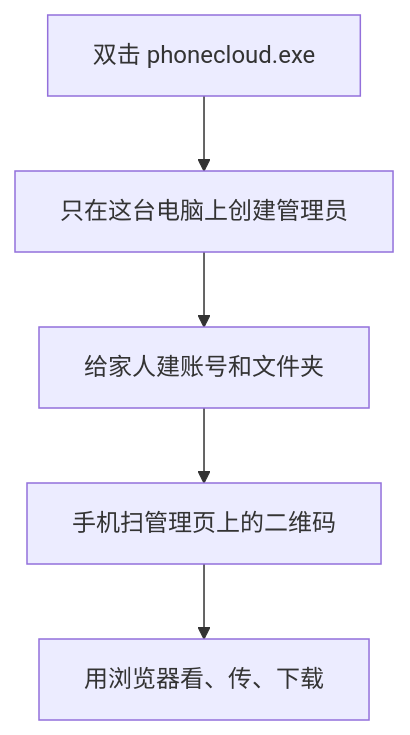
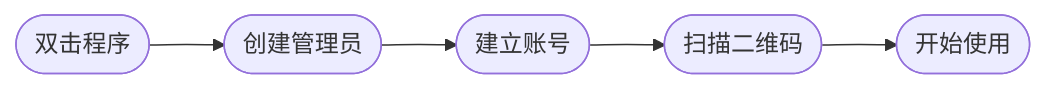
One commit to A-Huu/PhoneCloud changed the second of 3 diagrams in README.md. Above: the diagram before and after it, drawn with Mermaid. The commit also changed other lines of this file, not shown here.

````diff
--- a/README.md
+++ b/README.md
@@ -18,7 +17,4 @@
 ```mermaid
-flowchart TD
-  open["双击 phonecloud.exe"] --> admin["只在这台电脑上创建管理员"]
-  admin --> family["给家人建账号和文件夹"]
-  family --> qr["手机扫管理页上的二维码"]
-  qr --> use["用浏览器看、传、下载"]
+flowchart LR
+  open(["双击程序"]) --> admin(["创建管理员"]) --> family(["建立账号"]) --> qr(["扫描二维码"]) --> use(["开始使用"])
 ```
````
